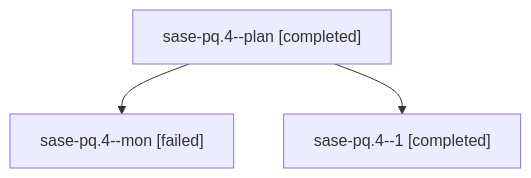
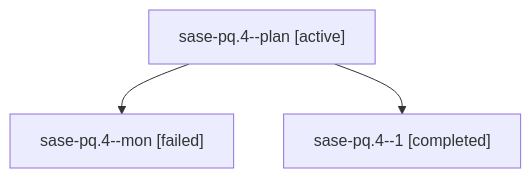
One commit to sase-org/sase--agents changed the diagram in families/bbugyi200.athena.sase-pq.4.md. Above: the diagram before and after it, drawn with Mermaid. The commit also changed other lines of this file and 35830 other files, not shown here.

````diff
--- a/families/bbugyi200.athena.sase-pq.4.md
+++ b/families/bbugyi200.athena.sase-pq.4.md
@@ -9,8 +9,8 @@
 ```mermaid
 flowchart TD
-  n0["sase-pq.4--plan [completed]"]
+  n0["sase-pq.4--plan [active]"]
   n1["sase-pq.4--mon [failed]"]
   n0 --> n1
   n2["sase-pq.4--1 [completed]"]
   n0 --> n2
 ```
````
